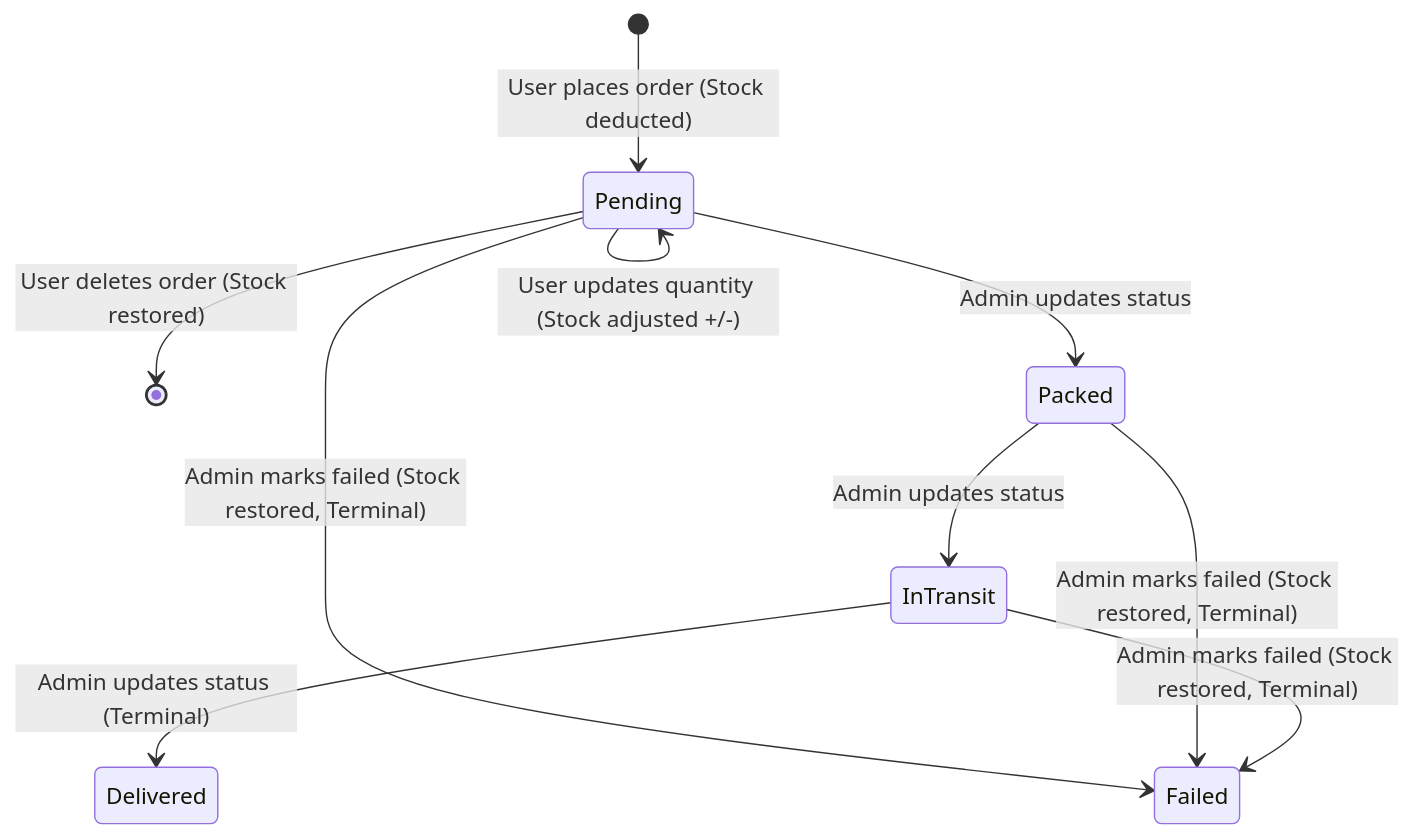
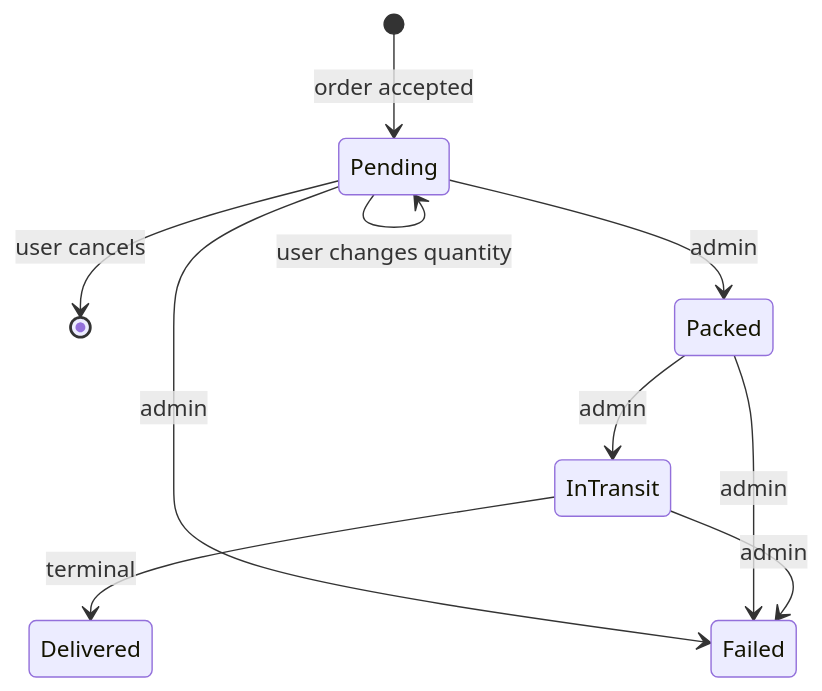
The second of 2 diagrams in README.md (Amogh-0201/MqLbRprl), drawn with Mermaid before and after one commit. The commit also changed other lines of this file and 1 other file, not shown here.

````diff
--- a/README.md
+++ b/README.md
@@ -645,15 +1208,16 @@
 ```mermaid
 stateDiagram-v2
-    [*] --> Pending : User places order (Stock deducted)
-    
-    Pending --> Pending : User updates quantity (Stock adjusted +/-)
-    Pending --> [*] : User deletes order (Stock restored)
-    
-    Pending --> Packed : Admin updates status
-    Packed --> InTransit : Admin updates status
-    InTransit --> Delivered : Admin updates status (Terminal)
-    
-    Pending --> Failed : Admin marks failed (Stock restored, Terminal)
-    Packed --> Failed : Admin marks failed (Stock restored, Terminal)
-    InTransit --> Failed : Admin marks failed (Stock restored, Terminal)
+
+    [*] --> Pending : order accepted
+
+    Pending --> Pending : user changes quantity
+    Pending --> [*] : user cancels
+
+    Pending --> Packed : admin
+    Packed --> InTransit : admin
+    InTransit --> Delivered : terminal
+
+    Pending --> Failed : admin
+    Packed --> Failed : admin
+    InTransit --> Failed : admin
 ```
````
